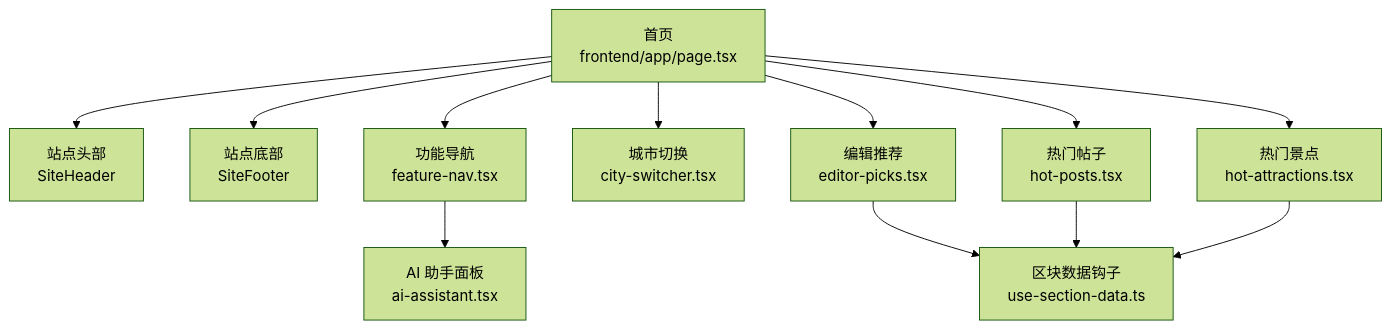
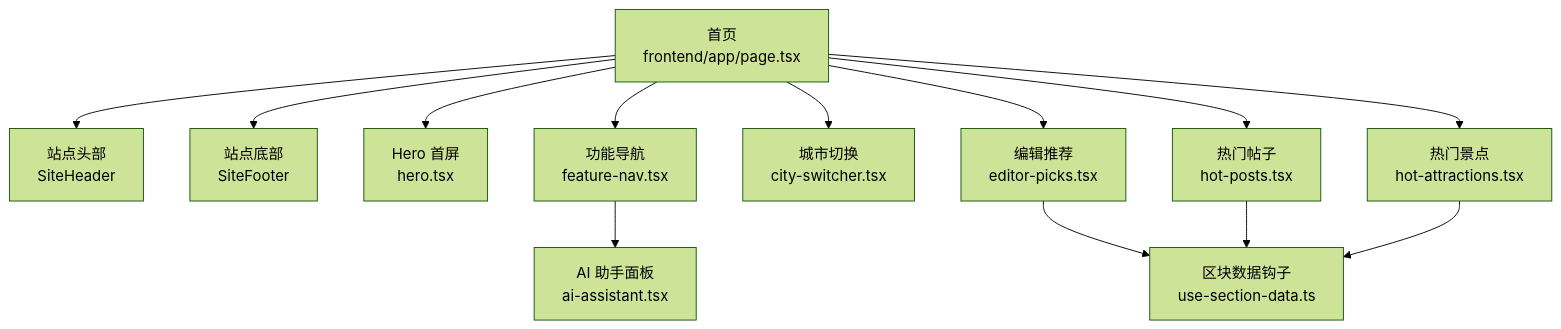
The first of 11 diagrams in .qoder/repowiki/zh/content/规格驱动开发/WanderChain 首页规格文档.md (luyitiger6/my-first-project), drawn with Mermaid (forest theme) before and after one commit. The commit also changed other lines of this file and 11 other files, not shown here.

````diff
--- a/.qoder/repowiki/zh/content/规格驱动开发/WanderChain 首页规格文档.md
+++ b/.qoder/repowiki/zh/content/规格驱动开发/WanderChain 首页规格文档.md
@@ -51,14 +62,15 @@
 ```mermaid
 graph TB
 Home["首页<br/>frontend/app/page.tsx"] --> Header["站点头部<br/>SiteHeader"]
 Home --> Footer["站点底部<br/>SiteFooter"]
+Home --> Hero["Hero 首屏<br/>hero.tsx"]
 Home --> FeatureNav["功能导航<br/>feature-nav.tsx"]
 Home --> CitySwitcher["城市切换<br/>city-switcher.tsx"]
 Home --> EditorPicks["编辑推荐<br/>editor-picks.tsx"]
 Home --> HotPosts["热门帖子<br/>hot-posts.tsx"]
 Home --> HotAttractions["热门景点<br/>hot-attractions.tsx"]
 FeatureNav --> AiAssistant["AI 助手面板<br/>ai-assistant.tsx"]
 EditorPicks --> UseSection["区块数据钩子<br/>use-section-data.ts"]
 HotPosts --> UseSection
 HotAttractions --> UseSection
 ```
````
